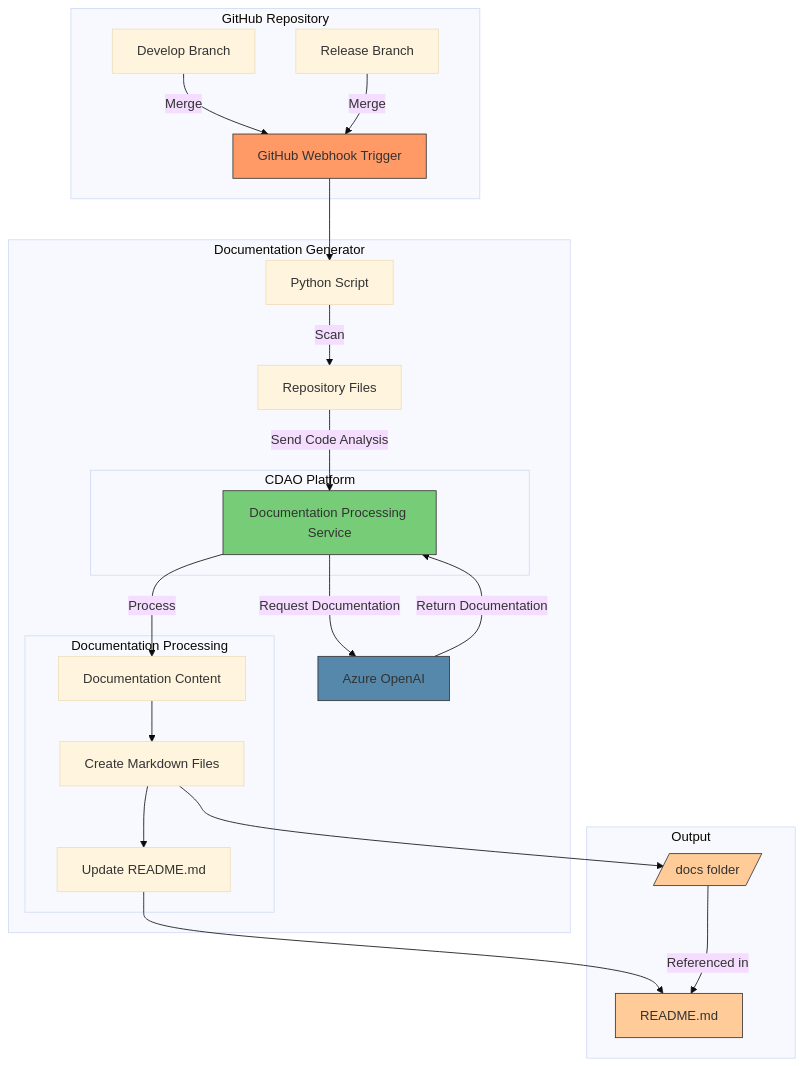
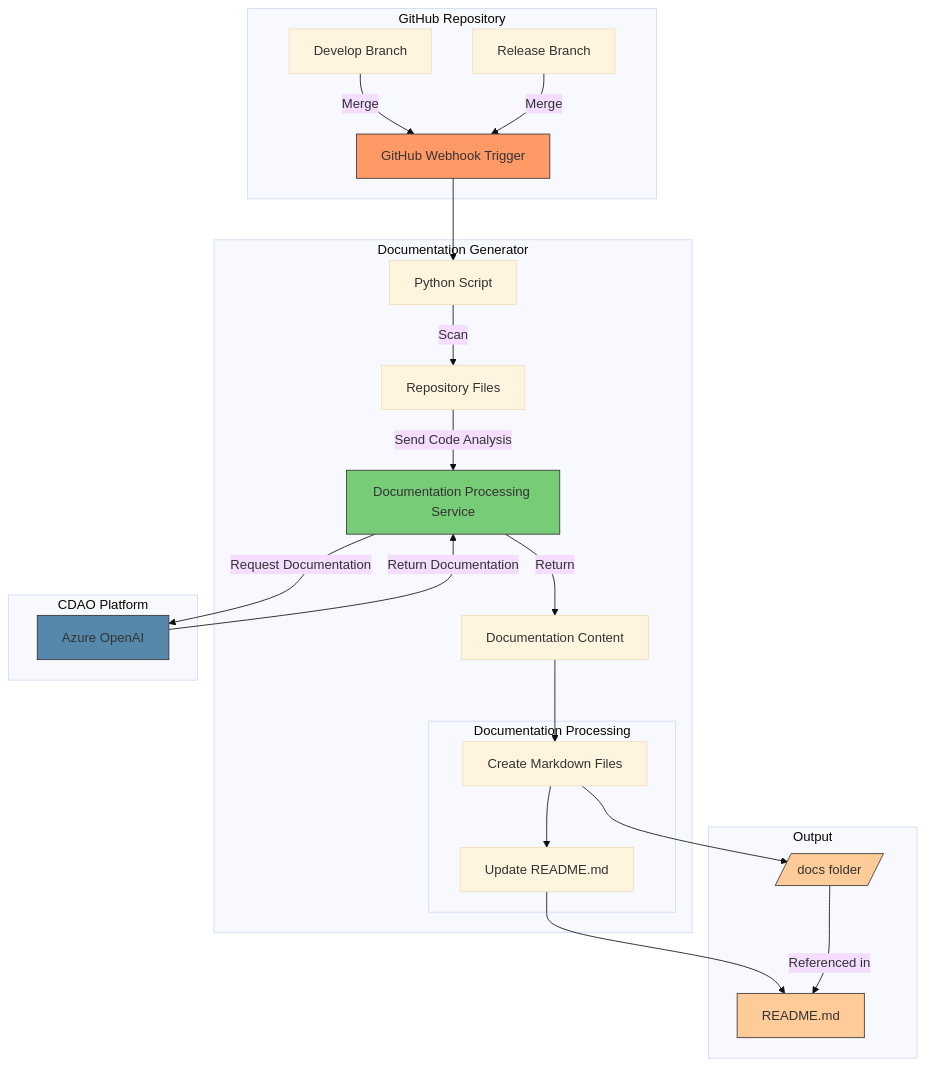
The diagram in output/test.md (MithunKiniStar/E-Commerce-Microservice-master), drawn with Mermaid (base theme) before and after one commit. The commit also changed other lines of this file, not shown here.

````diff
--- a/output/test.md
+++ b/output/test.md
@@ -3,41 +3,41 @@
 ```mermaid
 graph TB
     subgraph "GitHub Repository"
         B1[Develop Branch] --> |Merge| T1
         B2[Release Branch] --> |Merge| T1
         T1[GitHub Webhook Trigger]
     end
 
     subgraph "Documentation Generator"
         T1 --> P1[Python Script]
         P1 --> |Scan| F1[Repository Files]
+        F1 --> |Send Code Analysis| C1
         
-        subgraph "CDAO Platform"
-            C1[Documentation Processing Service]
-        end
-        
-        AO[Azure OpenAI]
-        
-        F1 --> |Send Code Analysis| C1
-        C1 --> |Request Documentation| AO
-        AO --> |Return Documentation| C1
-        C1 --> |Process| D1[Documentation Content]
+        D1[Documentation Content] --> D2[Create Markdown Files]
         
         subgraph "Documentation Processing"
-            D1 --> D2[Create Markdown Files]
             D2 --> D3[Update README.md]
         end
     end
+
+    subgraph "CDAO Platform"
+        C1[Documentation Processing Service]
+        AO[Azure OpenAI]
+        C1 --> |Request Documentation| AO
+        AO --> |Return Documentation| C1
+    end
+
+    C1 --> |Return| D1
 
     subgraph "Output"
         D2 --> O1[/docs folder/]
         D3 --> O2[README.md]
         O1 --> |Referenced in| O2
     end
 
     style T1 fill:#f96,stroke:#333
     style C1 fill:#7c7,stroke:#333
     style AO fill:#58a,stroke:#333
     style O1 fill:#fc9,stroke:#333
     style O2 fill:#fc9,stroke:#333
 ```
````
